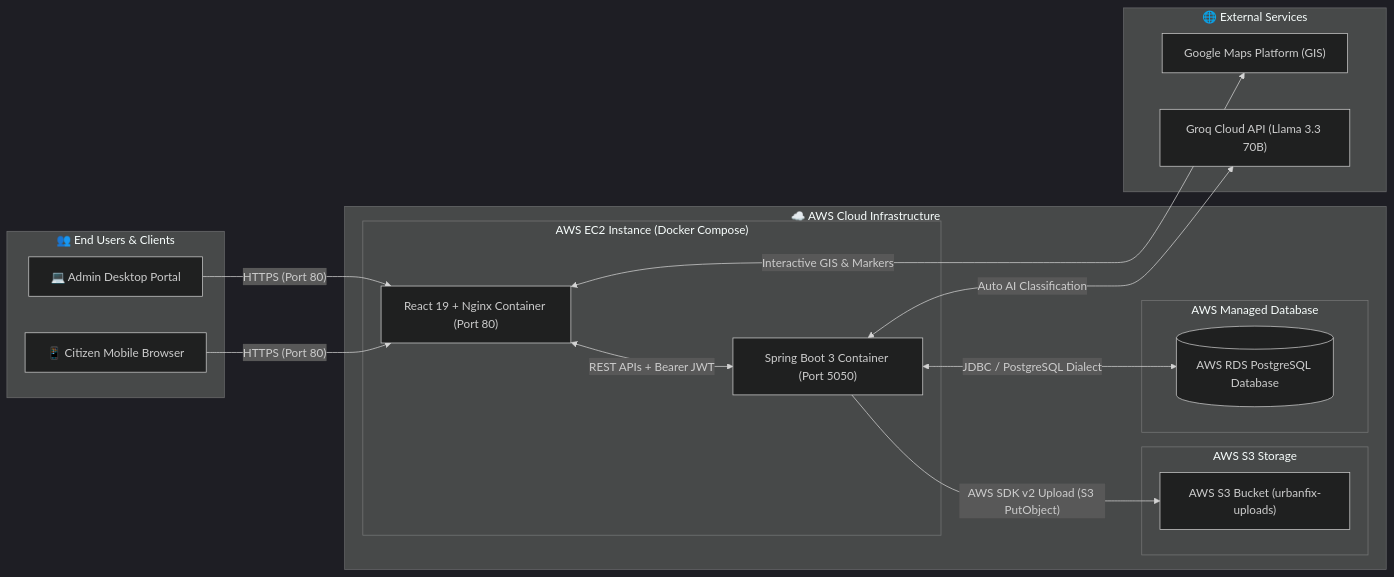
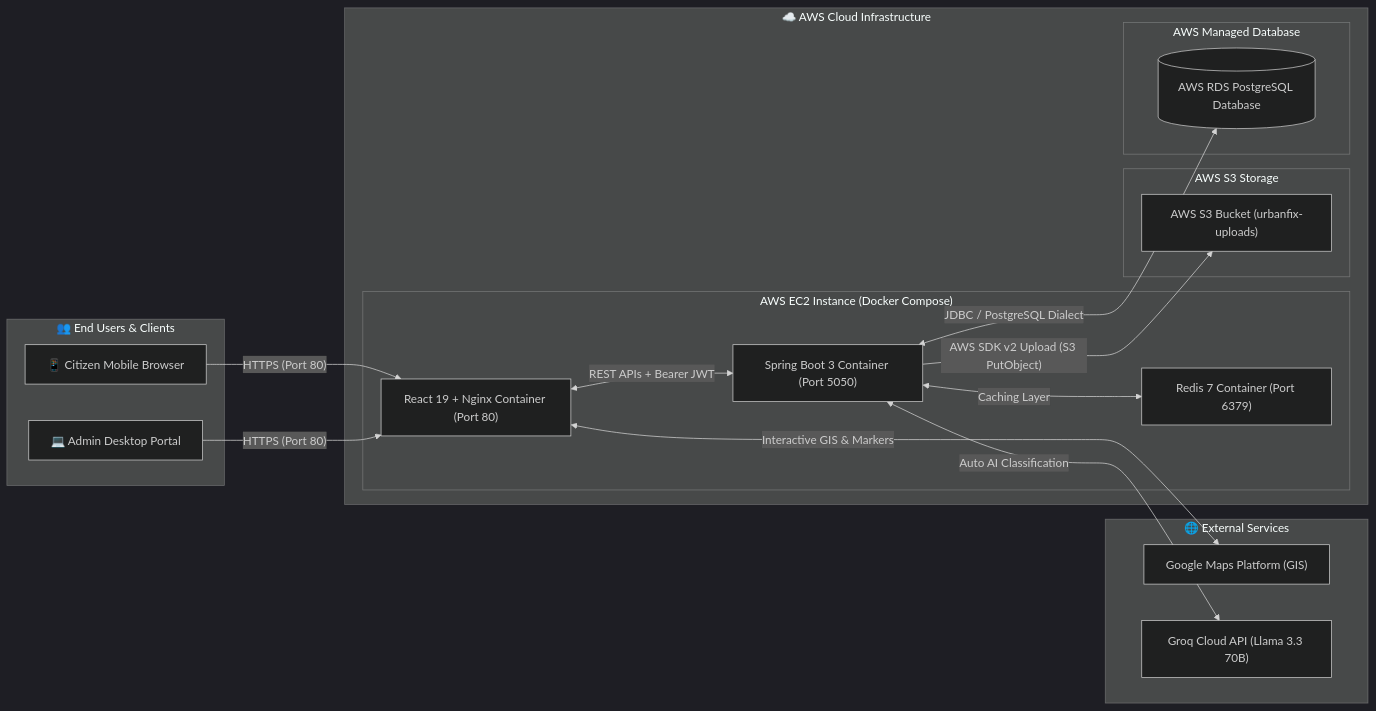
The fourth of 4 diagrams in README.md (SHIBAM-GHOSH/UrbanFix), drawn with Mermaid (dark theme) before and after one commit. The commit also changed other lines of this file, not shown here.

Commit message:
docs: update README with Redis caching, PyTest suite, and CI/CD workflow

````diff
--- a/README.md
+++ b/README.md
@@ -238,35 +195,37 @@
 ```mermaid
 flowchart LR
     subgraph Clients ["👥 End Users & Clients"]
         CitizenDev["📱 Citizen Mobile Browser"]
         AdminDev["💻 Admin Desktop Portal"]
     end
 
     subgraph AWSCloud ["☁️ AWS Cloud Infrastructure"]
         subgraph EC2Host ["AWS EC2 Instance (Docker Compose)"]
             FrontendContainer["React 19 + Nginx Container (Port 80)"]
             BackendContainer["Spring Boot 3 Container (Port 5050)"]
+            RedisContainer["Redis 7 Container (Port 6379)"]
         end
 
         subgraph S3Storage ["AWS S3 Storage"]
             S3Bucket["AWS S3 Bucket (urbanfix-uploads)"]
         end
 
         subgraph RDSInstance ["AWS Managed Database"]
             RDSPostgres[("AWS RDS PostgreSQL Database")]
         end
     end
 
     subgraph ExternalAPIs ["🌐 External Services"]
         GoogleMapsAPI["Google Maps Platform (GIS)"]
         GroqAIAPI["Groq Cloud API (Llama 3.3 70B)"]
     end
 
     CitizenDev -->|"HTTPS (Port 80)"| FrontendContainer
     AdminDev -->|"HTTPS (Port 80)"| FrontendContainer
     FrontendContainer <-->|"REST APIs + Bearer JWT"| BackendContainer
     FrontendContainer <-->|"Interactive GIS & Markers"| GoogleMapsAPI
     BackendContainer <-->|"Auto AI Classification"| GroqAIAPI
+    BackendContainer <-->|"Caching Layer"| RedisContainer
     BackendContainer -->|"AWS SDK v2 Upload (S3 PutObject)"| S3Bucket
     BackendContainer <-->|"JDBC / PostgreSQL Dialect"| RDSPostgres
 ```
````
